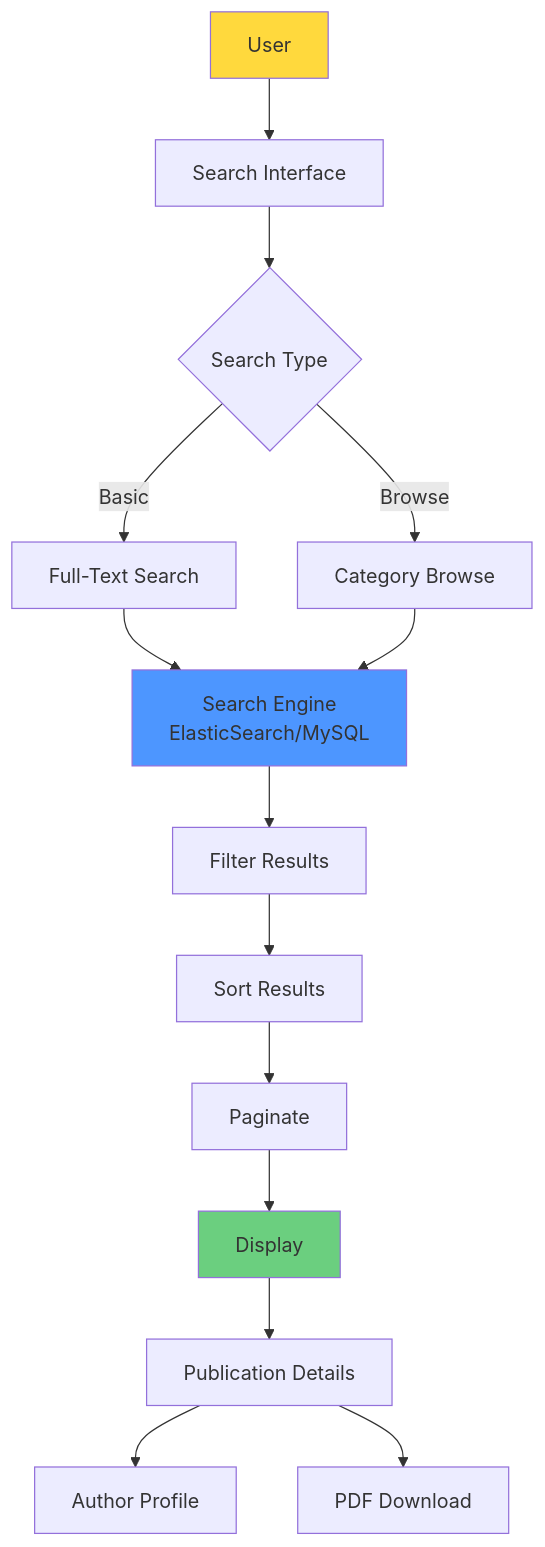
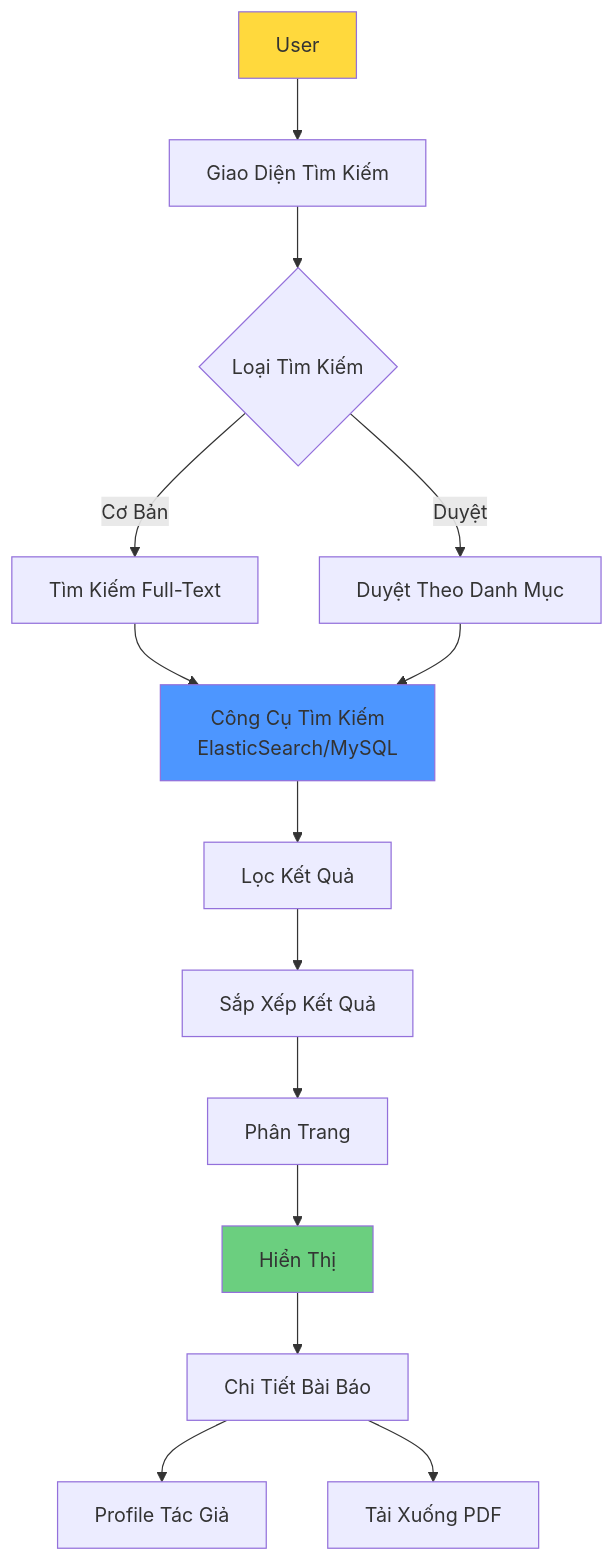
Before and after one commit to Ng0cTh4nhk5/ufpms-docs: the diagram in docs/05_Use_Cases/High_Level/uc_hl_03_search_browse.md, drawn with Mermaid. The commit also changed other lines of this file and 70 other files, not shown here.

````diff
--- a/docs/05_Use_Cases/High_Level/uc_hl_03_search_browse.md
+++ b/docs/05_Use_Cases/High_Level/uc_hl_03_search_browse.md
@@ -53,24 +53,24 @@
 ```mermaid
 graph TB
-    A[User] --> B[Search Interface]
-    B --> C{Search Type}
+    A[User] --> B[Giao Diện Tìm Kiếm]
+    B --> C{Loại Tìm Kiếm}
     
-    C -->|Basic| D[Full-Text Search]
-    C -->|Browse| E[Category Browse]
+    C -->|Cơ Bản| D[Tìm Kiếm Full-Text]
+    C -->|Duyệt| E[Duyệt Theo Danh Mục]
     
-    D --> F[Search Engine<br/>ElasticSearch/MySQL]
+    D --> F[Công Cụ Tìm Kiếm<br/>ElasticSearch/MySQL]
     E --> F
     
-    F --> G[Filter Results]
-    G --> H[Sort Results]
-    H --> I[Paginate]
-    I --> J[Display]
+    F --> G[Lọc Kết Quả]
+    G --> H[Sắp Xếp Kết Quả]
+    H --> I[Phân Trang]
+    I --> J[Hiển Thị]
     
-    J --> K[Publication Details]
-    K --> L[Author Profile]
-    K --> M[PDF Download]
+    J --> K[Chi Tiết Bài Báo]
+    K --> L[Profile Tác Giả]
+    K --> M[Tải Xuống PDF]
     
     style A fill:#ffd93d
     style F fill:#4d96ff
     style J fill:#6bcf7f
 ```
````
